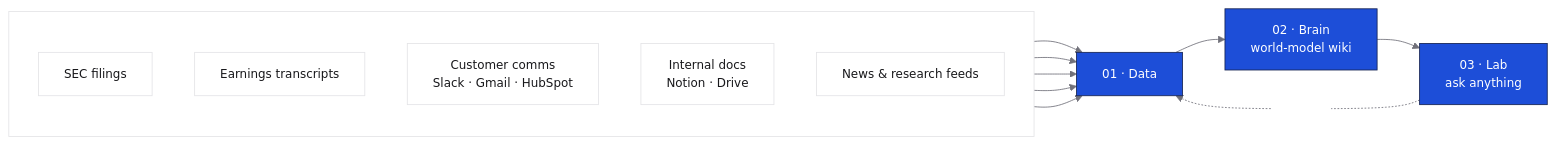
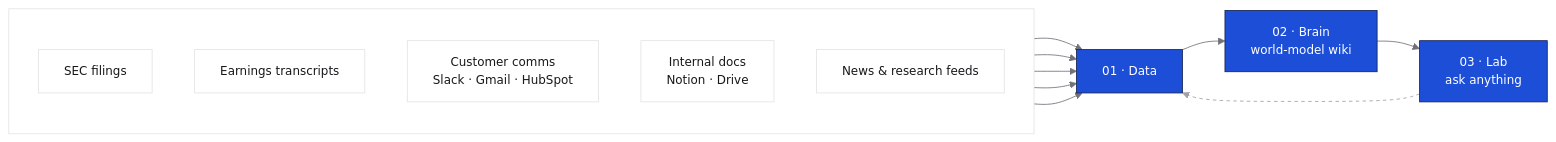
The diagram in introduction.mdx (cf0-corp/docs), drawn with Mermaid before and after one commit. The commit also changed other lines of this file, not shown here.

First line of the commit message:
fix(introduction): stack filings tables, fix Mermaid cites-back edge

````diff
--- a/introduction.mdx
+++ b/introduction.mdx
@@ -8,46 +8,47 @@
 ```mermaid
 %%{init: {
   "theme": "base",
   "themeVariables": {
     "primaryColor": "#1d4ed8",
     "primaryTextColor": "#ffffff",
     "primaryBorderColor": "#172554",
     "secondaryColor": "#ffffff",
     "tertiaryColor": "#fafafa",
     "lineColor": "#71717a",
-    "textColor": "#18181b",
+    "textColor": "#52525b",
     "mainBkg": "#1d4ed8",
     "secondBkg": "#ffffff",
     "clusterBkg": "transparent",
     "clusterBorder": "#e4e4e7",
-    "edgeLabelBackground": "#ffffff",
+    "edgeLabelBackground": "transparent",
     "fontFamily": "Inter Tight, -apple-system, sans-serif",
     "fontSize": "14px"
   }
 }}%%
 graph LR
   subgraph sources [" "]
     direction TB
     A1["SEC filings"]
     A2["Earnings transcripts"]
     A3["Customer comms<br/>Slack · Gmail · HubSpot"]
     A4["Internal docs<br/>Notion · Drive"]
     A5["News & research feeds"]
   end
   D["01 · Data"]
   B["02 · Brain<br/>world-model wiki"]
   L["03 · Lab<br/>ask anything"]
   A1 --> D
   A2 --> D
   A3 --> D
   A4 --> D
   A5 --> D
   D --> B
   B --> L
-  L -.->|cites back| D
+  L -.-> D
 
   classDef source fill:#ffffff,stroke:#e4e4e7,stroke-width:1px,color:#18181b
   classDef layer fill:#1d4ed8,stroke:#172554,stroke-width:1px,color:#ffffff
   class A1,A2,A3,A4,A5 source
   class D,B,L layer
+  linkStyle 7 stroke:#a1a1aa,stroke-dasharray:4 4
 ```
````
